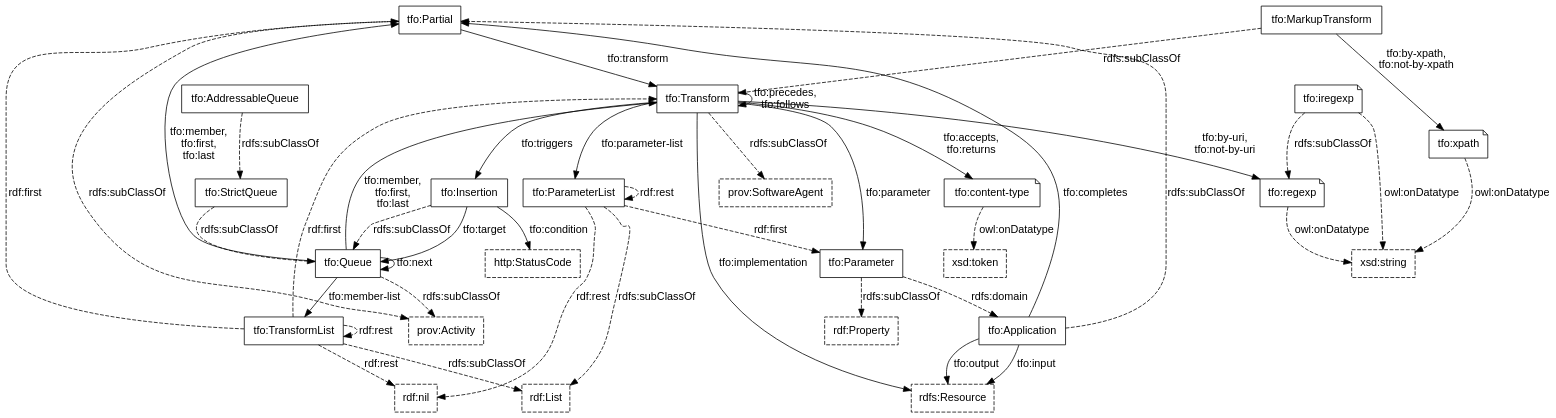
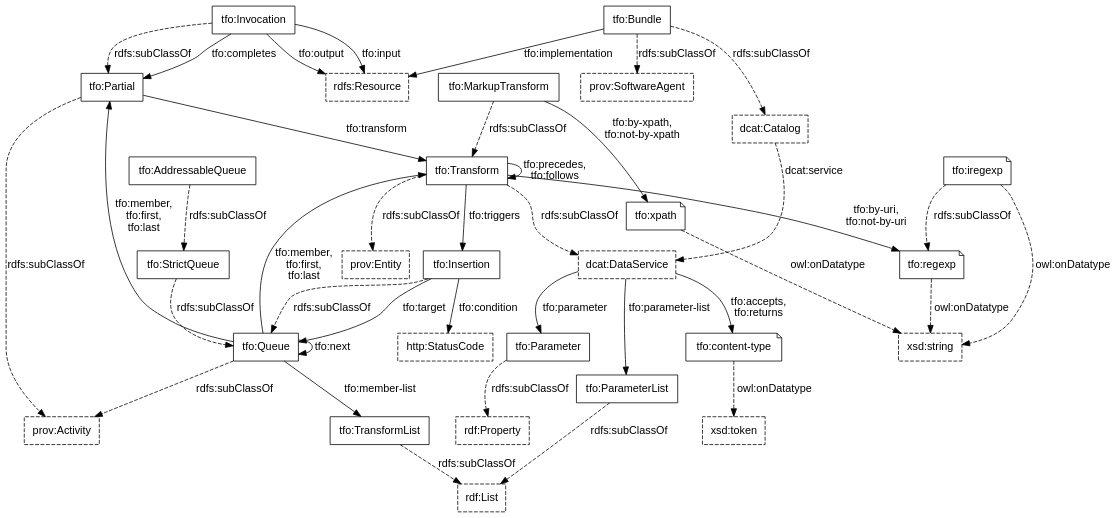
One commit to doriantaylor/owl-transformation changed the diagram in transformation-classes.dot. Above: the diagram before and after it, drawn with Graphviz. The commit also changed 3 other files, not shown here.

```diff
--- a/transformation-classes.dot
+++ b/transformation-classes.dot
@@ -1,104 +1,112 @@
 digraph {
     graph [bgcolor=transparent];
     node [shape=box,color="#000000",fontcolor="#000000",fontname="Lucida Grande, Lucida Sans Unicode, sans-serif"];
     edge [color="#000000",fontcolor="#000000",fontname="Lucida Grande, Lucida Sans Unicode, sans-serif"];
 
     // third-party classes
 
     subgraph {
         node [style=dashed];
         prov_Activity [label="prov:Activity", target="_parent", href="https://www.w3.org/TR/prov-o/#Activity"];
+        prov_Entity [label="prov:Entity", target="_parent", href="https://www.w3.org/TR/prov-o/#Entity"];
+        dcat_Catalog [label="dcat:Catalog" target="_parent", href="https://www.w3.org/TR/vocab-dcat-2/#Class:Catalog"];
+        dcat_DataService [label="dcat:DataService" target="_parent", href="https://www.w3.org/TR/vocab-dcat-2/#Class:Data_Service"];
         prov_SoftwareAgent [label="prov:SoftwareAgent", target="_parent", href="https://www.w3.org/TR/prov-o/#SoftwareAgent"];
         rdf_List      [label="rdf:List", target="_parent", href="https://www.w3.org/TR/rdf-schema/#ch_list"];
         rdf_Property  [label="rdf:Property", target="_parent", href="https://www.w3.org/TR/rdf-schema/#ch_property"];
         rdfs_Resource [label="rdfs:Resource", target="_parent", href="https://www.w3.org/TR/rdf-schema/#ch_resource"];
         http_StatusCode [label="http:StatusCode", target="_parent", href="https://www.w3.org/TR/HTTP-in-RDF10/#StatusCodeClass"];
         xsd_string    [label="xsd:string", target="_parent", href="https://www.w3.org/TR/xmlschema-2/#string"];
         xsd_token     [label="xsd:token", target="_parent", href="https://www.w3.org/TR/xmlschema-2/#token"];
-        rdf_nil       [label="rdf:nil", target="_parent", href="https://www.w3.org/TR/rdf-schema/#ch_nil"];
+        //rdf_nil       [label="rdf:nil", target="_parent", href="https://www.w3.org/TR/rdf-schema/#ch_nil"];
     }
 
     // our classes
 
-    tfo_Application [label="tfo:Application", target="_parent", href="https://vocab.methodandstructure.com/transformation#Application"];
+    tfo_Bundle [label="tfo:Bundle", target="_parent", href="https://vocab.methodandstructure.com/transformation#Bundle"];
+    tfo_Invocation [label="tfo:Invocation", target="_parent", href="https://vocab.methodandstructure.com/transformation#Invocation"];
     tfo_Parameter [label="tfo:Parameter", target="_parent", href="https://vocab.methodandstructure.com/transformation#Parameter"];
     tfo_ParameterList [label="tfo:ParameterList", target="_parent", href="https://vocab.methodandstructure.com/transformation#ParameterList"];
     tfo_Partial [label="tfo:Partial", target="_parent", href="https://vocab.methodandstructure.com/transformation#Partial"];
     tfo_Transform [label="tfo:Transform", target="_parent", href="https://vocab.methodandstructure.com/transformation#Transform"];
     tfo_MarkupTransform [label="tfo:MarkupTransform", target="_parent", href="https://vocab.methodandstructure.com/transformation#MarkupTransform"];
     tfo_Queue [label="tfo:Queue", target="_parent", href="https://vocab.methodandstructure.com/transformation#Queue"];
     tfo_StrictQueue [label="tfo:StrictQueue", target="_parent", href="https://vocab.methodandstructure.com/transformation#StrictQueue"];
     tfo_AddressableQueue [label="tfo:AddressableQueue", target="_parent", href="https://vocab.methodandstructure.com/transformation#AddressableQueue"];
     tfo_TransformList [label="tfo:TransformList", target="_parent", href="https://vocab.methodandstructure.com/transformation#TransformList"];
     tfo_Insertion [label="tfo:Insertion", target="_parent", href="https://vocab.methodandstructure.com/transformation#Insertion"];
 
     // our datatypes
 
     subgraph {
         node [shape=note];
         tfo_content_type [label="tfo:content-type", target="_parent", href="https://vocab.methodandstructure.com/transformation#content-type"];
         tfo_regexp [label="tfo:regexp", target="_parent", href="https://vocab.methodandstructure.com/transformation#regexp"];
         tfo_iregexp [label="tfo:iregexp", target="_parent", href="https://vocab.methodandstructure.com/transformation#iregexp"];
         tfo_xpath [label="tfo:xpath", target="_parent", href="https://vocab.methodandstructure.com/transformation#xpath"];
     }
 
     subgraph {
         edge [style=dashed, label="owl:onDatatype"];
         tfo_content_type -> xsd_token;
         tfo_regexp       -> xsd_string;
         tfo_iregexp      -> xsd_string;
         tfo_xpath        -> xsd_string;
     }
 
     // subclass relations
 
     subgraph {
         edge [style=dashed, label="rdfs:subClassOf"];
-        tfo_Application      -> tfo_Partial -> prov_Activity;
-        tfo_MarkupTransform  -> tfo_Transform -> prov_SoftwareAgent;
+        tfo_Bundle           -> dcat_Catalog;
+        tfo_Bundle           -> prov_SoftwareAgent;
+        tfo_Invocation       -> tfo_Partial -> prov_Activity;
+        tfo_MarkupTransform  -> tfo_Transform -> dcat_DataService;
+        tfo_Transform        -> prov_Entity;
         tfo_Parameter        -> rdf_Property;
         tfo_ParameterList    -> rdf_List;
         tfo_iregexp          -> tfo_regexp;
         tfo_StrictQueue      -> tfo_Queue -> prov_Activity;
         tfo_AddressableQueue -> tfo_StrictQueue;
         tfo_Insertion        -> tfo_Queue;
         tfo_TransformList    -> rdf_List;
     }
 
     // main relations
 
-    tfo_Transform -> tfo_Parameter [label="tfo:parameter"];
-    tfo_Transform -> tfo_ParameterList [label="tfo:parameter-list"];
-    tfo_Transform -> rdfs_Resource [label="tfo:implementation"];
-    tfo_Transform -> tfo_content_type [label="tfo:accepts,\ntfo:returns"];
+    tfo_Bundle -> rdfs_Resource [label="tfo:implementation"];
+    dcat_DataService -> tfo_Parameter [label="tfo:parameter"];
+    dcat_DataService -> tfo_ParameterList [label="tfo:parameter-list"];
+    dcat_DataService -> tfo_content_type [label="tfo:accepts,\ntfo:returns"];
     // tfo_Transform -> tfo_content_type [label="tfo:returns"];
     tfo_Transform -> tfo_Transform [label="tfo:precedes,\ntfo:follows"];
     tfo_Transform -> tfo_Insertion [label="tfo:triggers"];
     tfo_Partial   -> tfo_Transform [label="tfo:transform"];
-    tfo_Application -> tfo_Partial [label="tfo:completes"];
-    tfo_Application -> rdfs_Resource [label="tfo:input"];
-    tfo_Application -> rdfs_Resource [label="tfo:output"];
+    tfo_Invocation -> tfo_Partial [label="tfo:completes"];
+    tfo_Invocation -> rdfs_Resource [label="tfo:input"];
+    tfo_Invocation -> rdfs_Resource [label="tfo:output"];
 
     tfo_Queue -> tfo_Queue [label="tfo:next"];
     tfo_Queue -> tfo_Transform [label="tfo:member,\ntfo:first,\ntfo:last"];
     tfo_Queue -> tfo_Partial [label="tfo:member,\ntfo:first,\ntfo:last"];
     tfo_Queue -> tfo_TransformList [label="tfo:member-list"];
 
     tfo_Insertion -> tfo_Queue [label="tfo:target"];
     tfo_Insertion -> http_StatusCode [label="tfo:condition"];
 
     tfo_Transform -> tfo_regexp [label="tfo:by-uri,\ntfo:not-by-uri"];
     tfo_MarkupTransform -> tfo_xpath [label="tfo:by-xpath,\ntfo:not-by-xpath"];
 
     subgraph {
         edge [style=dashed];
-        tfo_Parameter -> tfo_Application [label="rdfs:domain"];
-        tfo_ParameterList -> tfo_Parameter [label="rdf:first"];
-        tfo_ParameterList -> tfo_ParameterList [label="rdf:rest"];
-        tfo_ParameterList -> rdf_nil [label="rdf:rest"];
-        tfo_TransformList -> tfo_Transform [label="rdf:first"];
-        tfo_TransformList -> tfo_Partial [label="rdf:first"];
-        tfo_TransformList -> tfo_TransformList [label="rdf:rest"];
-        tfo_TransformList -> rdf_nil [label="rdf:rest"];
+        dcat_Catalog -> dcat_DataService [label="dcat:service"];
+        //tfo_Parameter -> tfo_Invocation [label="rdfs:domain"];
+        //tfo_ParameterList -> tfo_Parameter [label="rdf:first"];
+        //tfo_ParameterList -> tfo_ParameterList [label="rdf:rest"];
+        //tfo_ParameterList -> rdf_nil [label="rdf:rest"];
+        //tfo_TransformList -> tfo_Transform [label="rdf:first"];
+        //tfo_TransformList -> tfo_Partial [label="rdf:first"];
+        //tfo_TransformList -> tfo_TransformList [label="rdf:rest"];
+        //tfo_TransformList -> rdf_nil [label="rdf:rest"];
     }
 }
```
